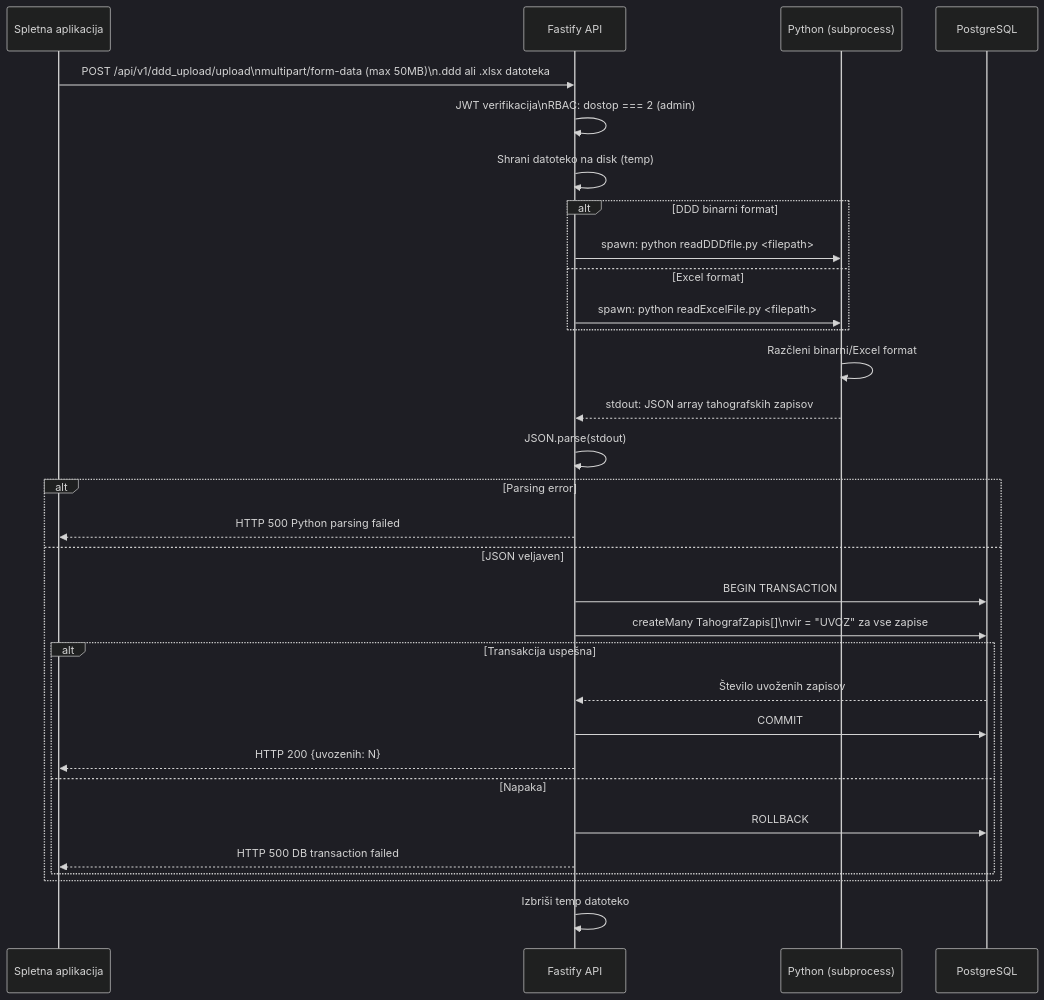
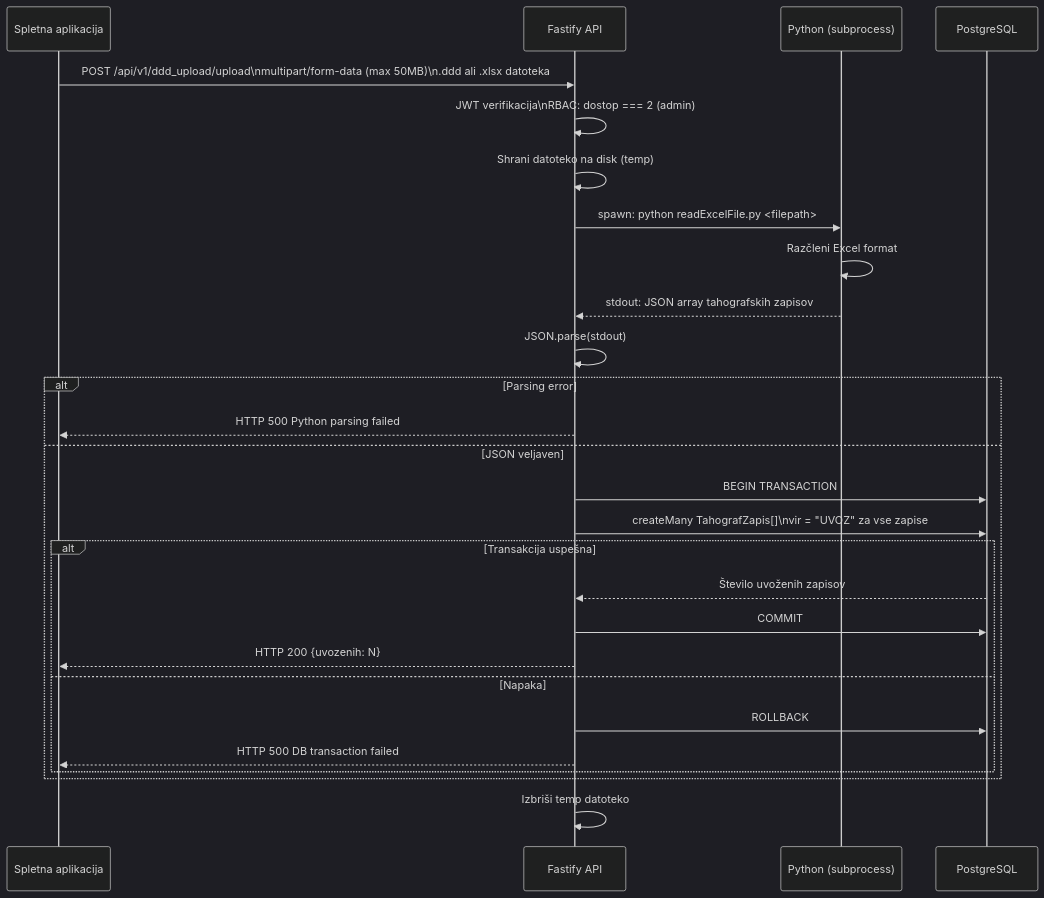
One commit to Valeri123car/Projekt2026 changed diagram 11 of 18 in README.md. Above: the diagram before and after it, drawn with Mermaid (dark theme). The commit also changed other lines of this file and 2 other files, not shown here.

````diff
--- a/README.md
+++ b/README.md
@@ -583,34 +571,30 @@
 ```mermaid
 sequenceDiagram
     participant WEB as Spletna aplikacija
     participant API as Fastify API
     participant PY as Python (subprocess)
     participant DB as PostgreSQL
 
     WEB->>API: POST /api/v1/ddd_upload/upload\nmultipart/form-data (max 50MB)\n.ddd ali .xlsx datoteka
     API->>API: JWT verifikacija\nRBAC: dostop === 2 (admin)
     API->>API: Shrani datoteko na disk (temp)
-    alt DDD binarni format
-        API->>PY: spawn: python readDDDfile.py <filepath>
-    else Excel format
-        API->>PY: spawn: python readExcelFile.py <filepath>
-    end
-    PY->>PY: Razčleni binarni/Excel format
+    API->>PY: spawn: python readExcelFile.py <filepath>
+    PY->>PY: Razčleni Excel format
     PY-->>API: stdout: JSON array tahografskih zapisov
     API->>API: JSON.parse(stdout)
     alt Parsing error
         API-->>WEB: HTTP 500 Python parsing failed
     else JSON veljaven
         API->>DB: BEGIN TRANSACTION
         API->>DB: createMany TahografZapis[]\nvir = "UVOZ" za vse zapise
         alt Transakcija uspešna
             DB-->>API: Število uvoženih zapisov
             API->>DB: COMMIT
             API-->>WEB: HTTP 200 {uvozenih: N}
         else Napaka
             API->>DB: ROLLBACK
             API-->>WEB: HTTP 500 DB transaction failed
         end
     end
     API->>API: Izbriši temp datoteko
 ```
````
